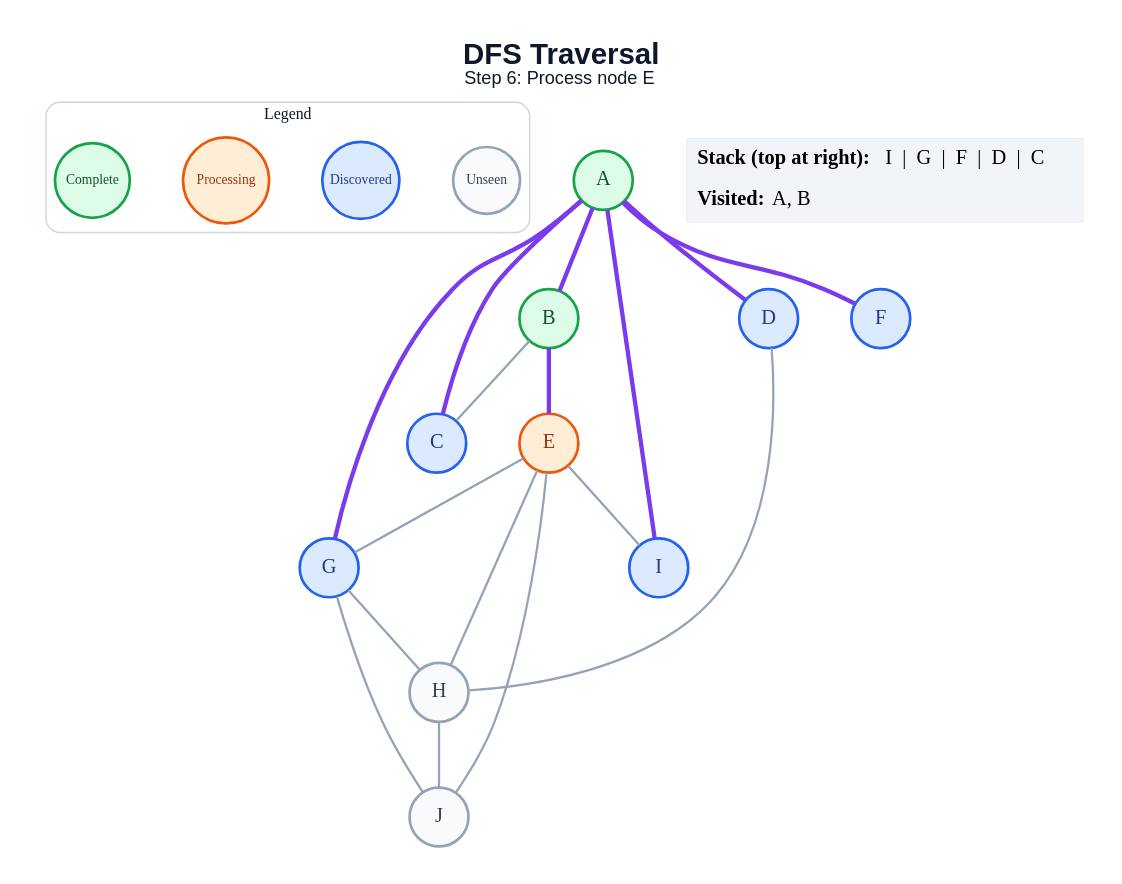
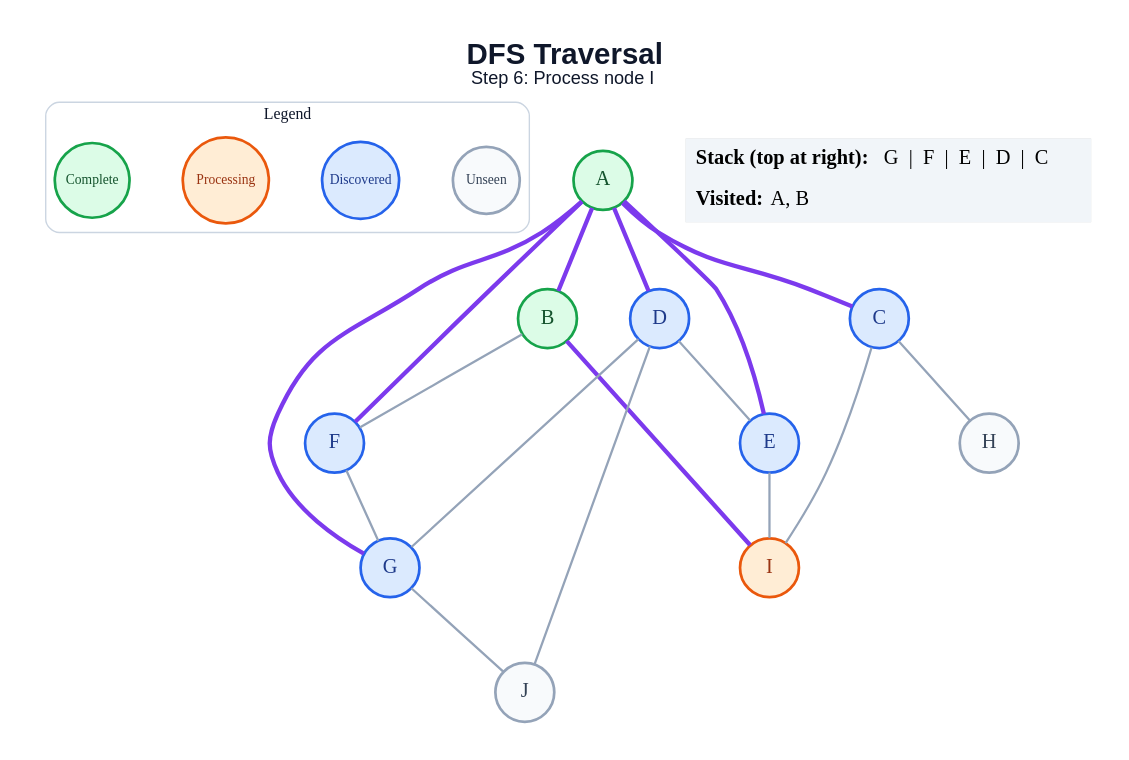
Before and after one commit to anon7238593-create/ai-slop: the diagram in generated/dfs/step_06.dot, drawn with Graphviz. The commit also changed 171 other files, not shown here.

```diff
--- a/generated/dfs/step_06.dot
+++ b/generated/dfs/step_06.dot
@@ -1,45 +1,45 @@
 graph traversal {
   graph [layout=dot, rankdir=TB, bgcolor="#FFFFFF", pad="0.35", nodesep="0.65", ranksep="0.8", fontname="Arial"];
   node [shape=circle, style="filled", fontname="Arial Bold", fontsize=18, width=0.72, fixedsize=true, penwidth=2.4];
   edge [color="#94A3B8", penwidth=2.0];
-  label=<<B>DFS Traversal</B><BR/><FONT POINT-SIZE="16">Step 6: Process node E</FONT>>; labelloc="t"; fontsize=26; fontname="Arial"; fontcolor="#0F172A";
+  label=<<B>DFS Traversal</B><BR/><FONT POINT-SIZE="16">Step 6: Process node I</FONT>>; labelloc="t"; fontsize=26; fontname="Arial"; fontcolor="#0F172A";
   subgraph cluster_legend { label="Legend"; color="#CBD5E1"; penwidth=1.2; style="rounded"; fontsize=14; fontname="Arial Bold";
     key_unseen [label="Unseen", fillcolor="#F8FAFC", color="#94A3B8", fontcolor="#334155", fontsize=12, width=0.82];
     key_frontier [label="Discovered", fillcolor="#DBEAFE", color="#2563EB", fontcolor="#1E3A8A", fontsize=12, width=0.95];
     key_current [label="Processing", fillcolor="#FFEDD5", color="#EA580C", fontcolor="#9A3412", fontsize=12, width=1.05];
     key_done [label="Complete", fillcolor="#DCFCE7", color="#16A34A", fontcolor="#14532D", fontsize=12, width=0.92];
     { rank=same; key_unseen; key_frontier; key_current; key_done; }
   }
   A [fillcolor="#DCFCE7", color="#16A34A", fontcolor="#14532D"];
   B [fillcolor="#DCFCE7", color="#16A34A", fontcolor="#14532D"];
   C [fillcolor="#DBEAFE", color="#2563EB", fontcolor="#1E3A8A"];
   D [fillcolor="#DBEAFE", color="#2563EB", fontcolor="#1E3A8A"];
-  E [fillcolor="#FFEDD5", color="#EA580C", fontcolor="#9A3412"];
+  E [fillcolor="#DBEAFE", color="#2563EB", fontcolor="#1E3A8A"];
   F [fillcolor="#DBEAFE", color="#2563EB", fontcolor="#1E3A8A"];
   G [fillcolor="#DBEAFE", color="#2563EB", fontcolor="#1E3A8A"];
   H [fillcolor="#F8FAFC", color="#94A3B8", fontcolor="#334155"];
-  I [fillcolor="#DBEAFE", color="#2563EB", fontcolor="#1E3A8A"];
+  I [fillcolor="#FFEDD5", color="#EA580C", fontcolor="#9A3412"];
   J [fillcolor="#F8FAFC", color="#94A3B8", fontcolor="#334155"];
   A -- B [color="#7C3AED", penwidth=3.8];
   A -- C [color="#7C3AED", penwidth=3.8];
   A -- D [color="#7C3AED", penwidth=3.8];
+  A -- E [color="#7C3AED", penwidth=3.8];
   A -- F [color="#7C3AED", penwidth=3.8];
   A -- G [color="#7C3AED", penwidth=3.8];
-  A -- I [color="#7C3AED", penwidth=3.8];
-  B -- C;
-  B -- E [color="#7C3AED", penwidth=3.8];
-  D -- H;
-  E -- G;
-  E -- H;
+  B -- F;
+  B -- I [color="#7C3AED", penwidth=3.8];
+  C -- H;
+  C -- I;
+  D -- E;
+  D -- G;
+  D -- J;
   E -- I;
-  E -- J;
-  G -- H;
+  F -- G;
   G -- J;
-  H -- J;
   status [shape=plain, fixedsize=false, width=0, height=0, margin=0, label=<
     <TABLE BORDER="0" CELLBORDER="0" CELLPADDING="7" BGCOLOR="#F1F5F9">
-      <TR><TD ALIGN="LEFT"><B>Stack (top at right):</B> I  |  G  |  F  |  D  |  C</TD></TR>
+      <TR><TD ALIGN="LEFT"><B>Stack (top at right):</B> G  |  F  |  E  |  D  |  C</TD></TR>
       <TR><TD ALIGN="LEFT"><B>Visited:</B> A, B</TD></TR>
     </TABLE>
   >];
 }
```
